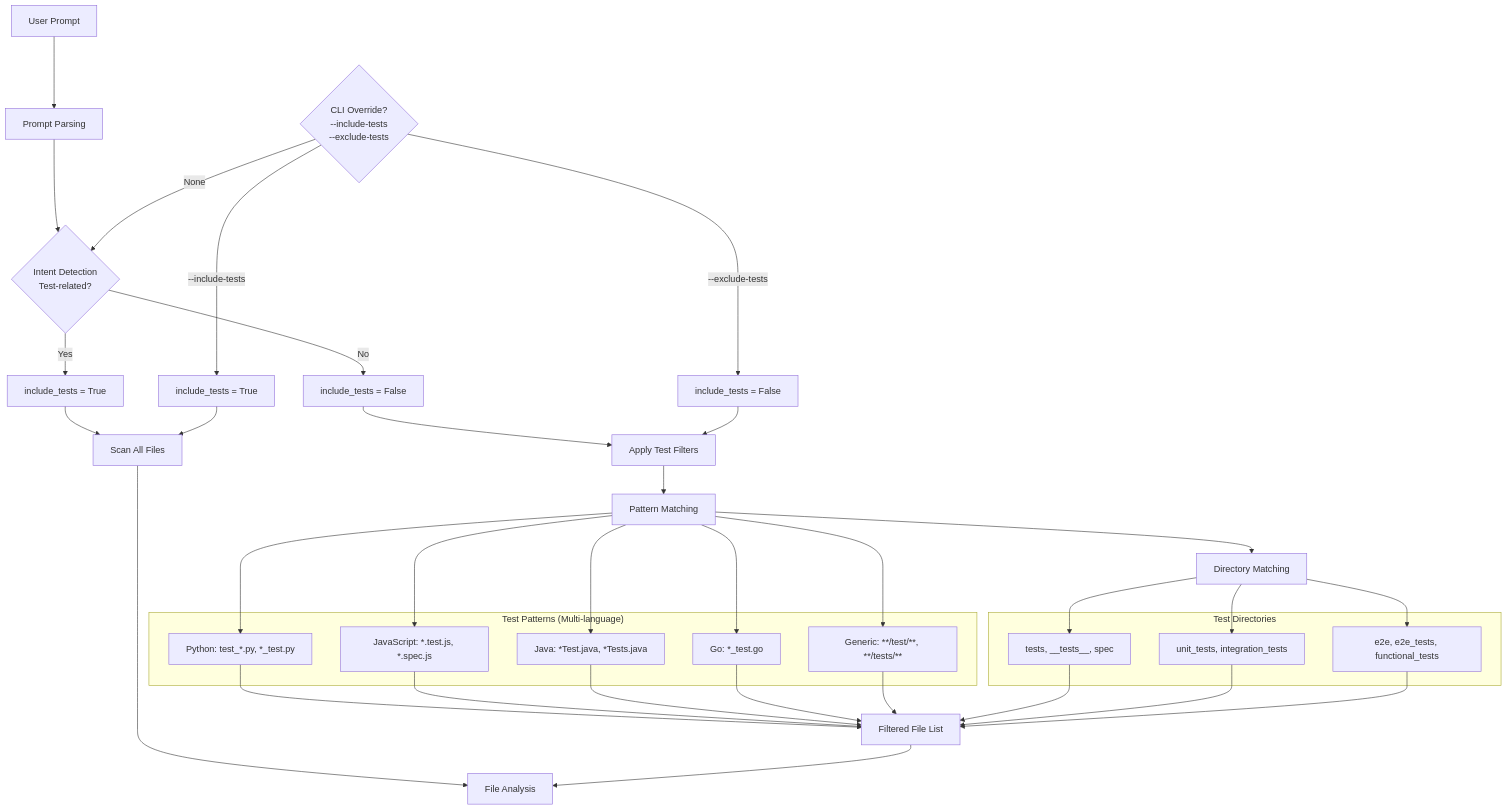
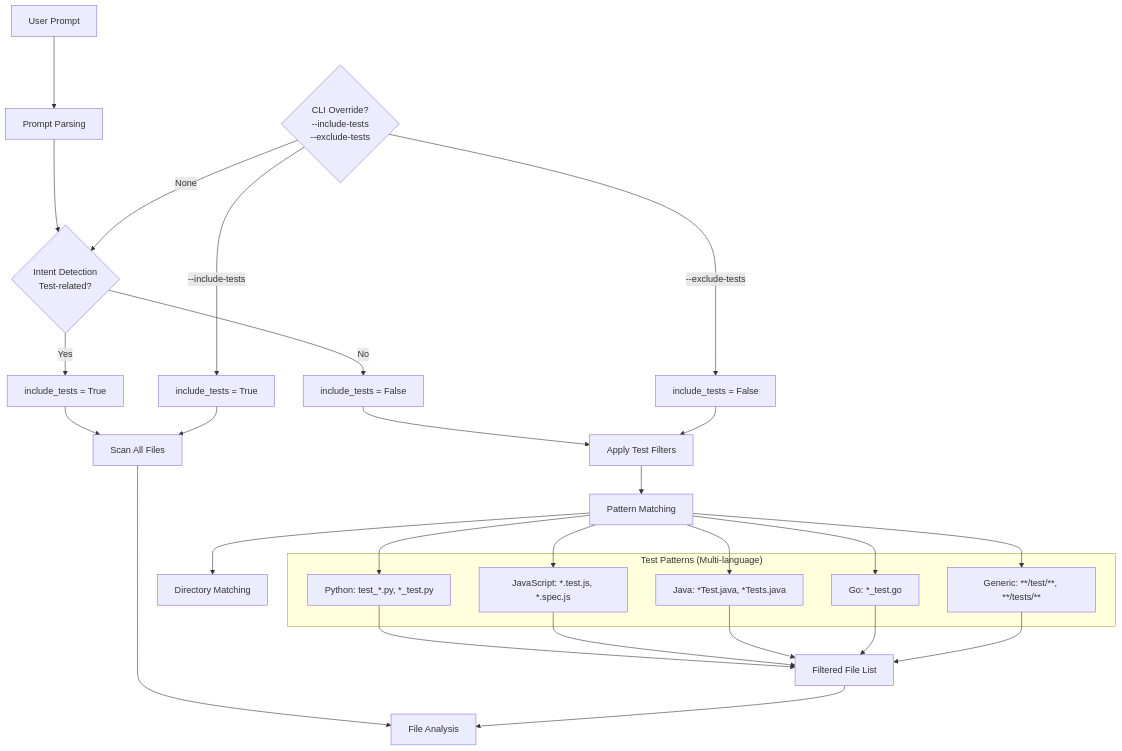
The seventh of 31 diagrams in docs/ARCHITECTURE.md (jddunn/tenets), drawn with Mermaid before and after one commit. The commit also changed other lines of this file and 2 other files, not shown here.

````diff
--- a/docs/ARCHITECTURE.md
+++ b/docs/ARCHITECTURE.md
@@ -753,58 +476,44 @@
 ```mermaid
 flowchart TD
     PROMPT[User Prompt] --> PARSE[Prompt Parsing]
     PARSE --> INTENT{Intent Detection<br/>Test-related?}
 
     INTENT -->|Yes| INCLUDE_TESTS[include_tests = True]
     INTENT -->|No| EXCLUDE_TESTS[include_tests = False]
 
     CLI_OVERRIDE{CLI Override?<br/>--include-tests<br/>--exclude-tests}
     CLI_OVERRIDE -->|--include-tests| FORCE_INCLUDE[include_tests = True]
     CLI_OVERRIDE -->|--exclude-tests| FORCE_EXCLUDE[include_tests = False]
     CLI_OVERRIDE -->|None| INTENT
 
     INCLUDE_TESTS --> SCAN_ALL[Scan All Files]
     EXCLUDE_TESTS --> TEST_FILTER[Apply Test Filters]
     FORCE_INCLUDE --> SCAN_ALL
     FORCE_EXCLUDE --> TEST_FILTER
 
     TEST_FILTER --> PATTERN_MATCH[Pattern Matching]
     PATTERN_MATCH --> DIR_MATCH[Directory Matching]
 
     subgraph "Test Patterns (Multi-language)"
         PY_PATTERNS["Python: test_*.py, *_test.py"]
         JS_PATTERNS["JavaScript: *.test.js, *.spec.js"]
         JAVA_PATTERNS["Java: *Test.java, *Tests.java"]
         GO_PATTERNS["Go: *_test.go"]
         GENERIC_PATTERNS["Generic: **/test/**, **/tests/**"]
     end
 
-    subgraph "Test Directories"
-        COMMON_DIRS["tests, __tests__, spec"]
-        LANG_DIRS["unit_tests, integration_tests"]
-        E2E_DIRS["e2e, e2e_tests, functional_tests"]
-    end
-
     PATTERN_MATCH --> PY_PATTERNS
     PATTERN_MATCH --> JS_PATTERNS
     PATTERN_MATCH --> JAVA_PATTERNS
     PATTERN_MATCH --> GO_PATTERNS
     PATTERN_MATCH --> GENERIC_PATTERNS
-
-    DIR_MATCH --> COMMON_DIRS
-    DIR_MATCH --> LANG_DIRS
-    DIR_MATCH --> E2E_DIRS
 
     PY_PATTERNS --> FILTERED_FILES[Filtered File List]
     JS_PATTERNS --> FILTERED_FILES
     JAVA_PATTERNS --> FILTERED_FILES
     GO_PATTERNS --> FILTERED_FILES
     GENERIC_PATTERNS --> FILTERED_FILES
 
-    COMMON_DIRS --> FILTERED_FILES
-    LANG_DIRS --> FILTERED_FILES
-    E2E_DIRS --> FILTERED_FILES
-
     SCAN_ALL --> ANALYSIS[File Analysis]
     FILTERED_FILES --> ANALYSIS
 ```
````
